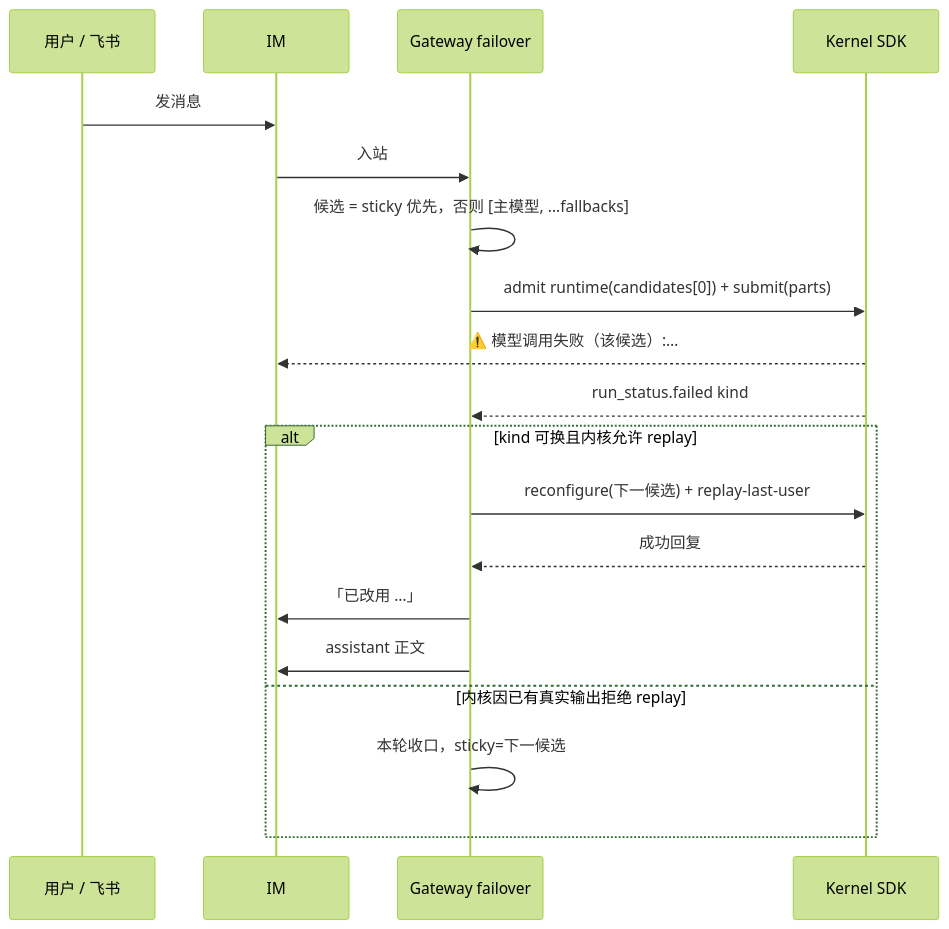
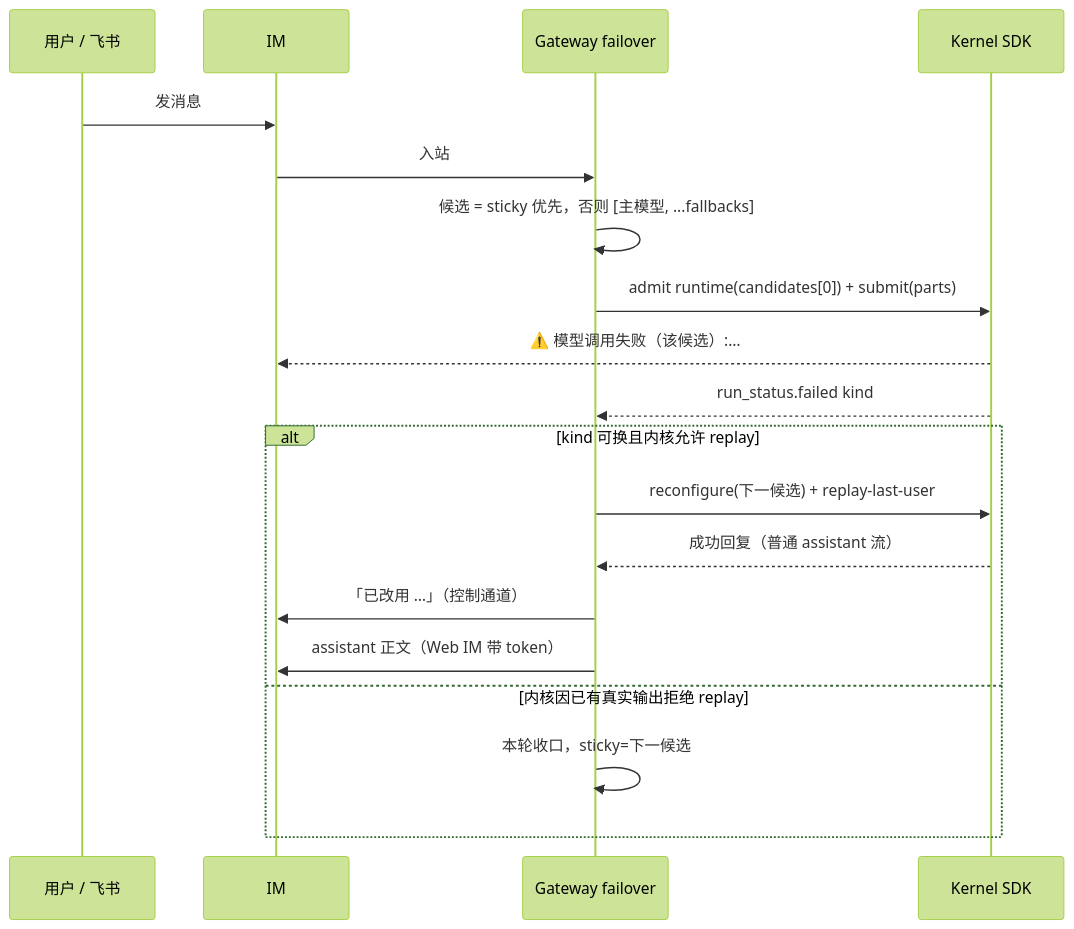
The second of 3 diagrams in docs/changes/archive/feat-541-agent-model-fallbacks/design.md (Mrchen116/nano-multiagent), drawn with Mermaid (forest theme) before and after one commit. The commit also changed other lines of this file and 8 other files, not shown here.

````diff
--- a/docs/changes/archive/feat-541-agent-model-fallbacks/design.md
+++ b/docs/changes/archive/feat-541-agent-model-fallbacks/design.md
@@ -127,21 +129,21 @@
 ```mermaid
 sequenceDiagram
     participant U as 用户 / 飞书
     participant IM as IM
     participant GW as Gateway failover
     participant K as Kernel SDK
     U->>IM: 发消息
     IM->>GW: 入站
     GW->>GW: 候选 = sticky 优先，否则 [主模型, ...fallbacks]
     GW->>K: admit runtime(candidates[0]) + submit(parts)
     K-->>IM: ⚠️ 模型调用失败（该候选）:…
     K-->>GW: run_status.failed kind
     alt kind 可换且内核允许 replay
         GW->>K: reconfigure(下一候选) + replay-last-user
-        K-->>GW: 成功回复
-        GW->>IM: 「已改用 …」
-        GW->>IM: assistant 正文
+        K-->>GW: 成功回复（普通 assistant 流）
+        GW->>IM: 「已改用 …」（控制通道）
+        GW->>IM: assistant 正文（Web IM 带 token）
     else 内核因已有真实输出拒绝 replay
         GW->>GW: 本轮收口，sticky=下一候选
     end
 ```
````
